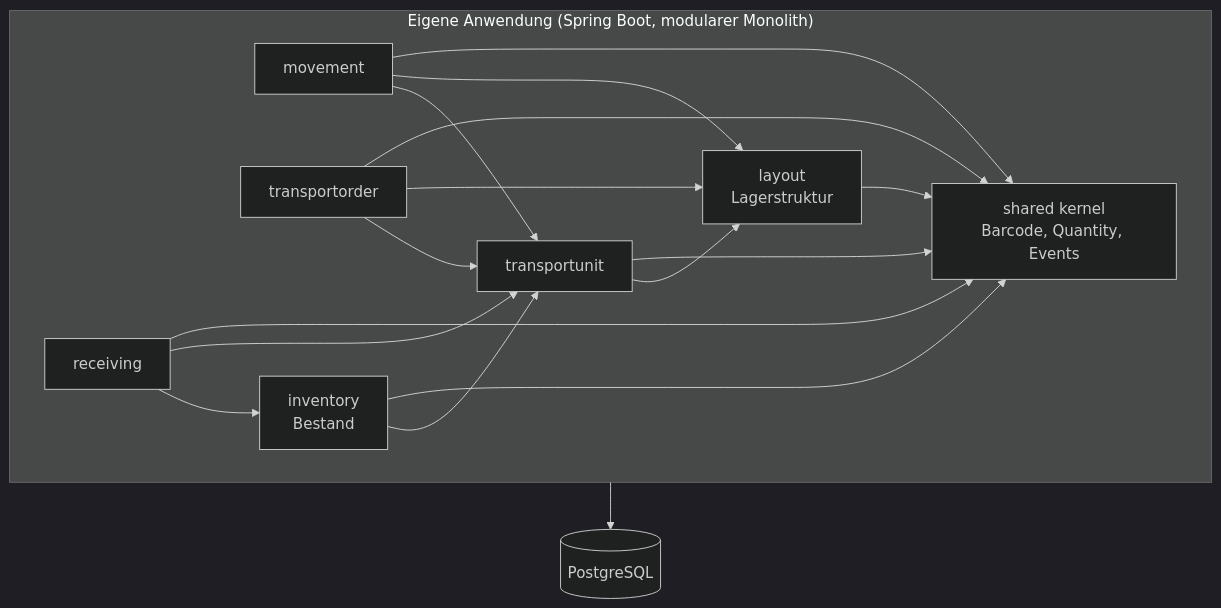
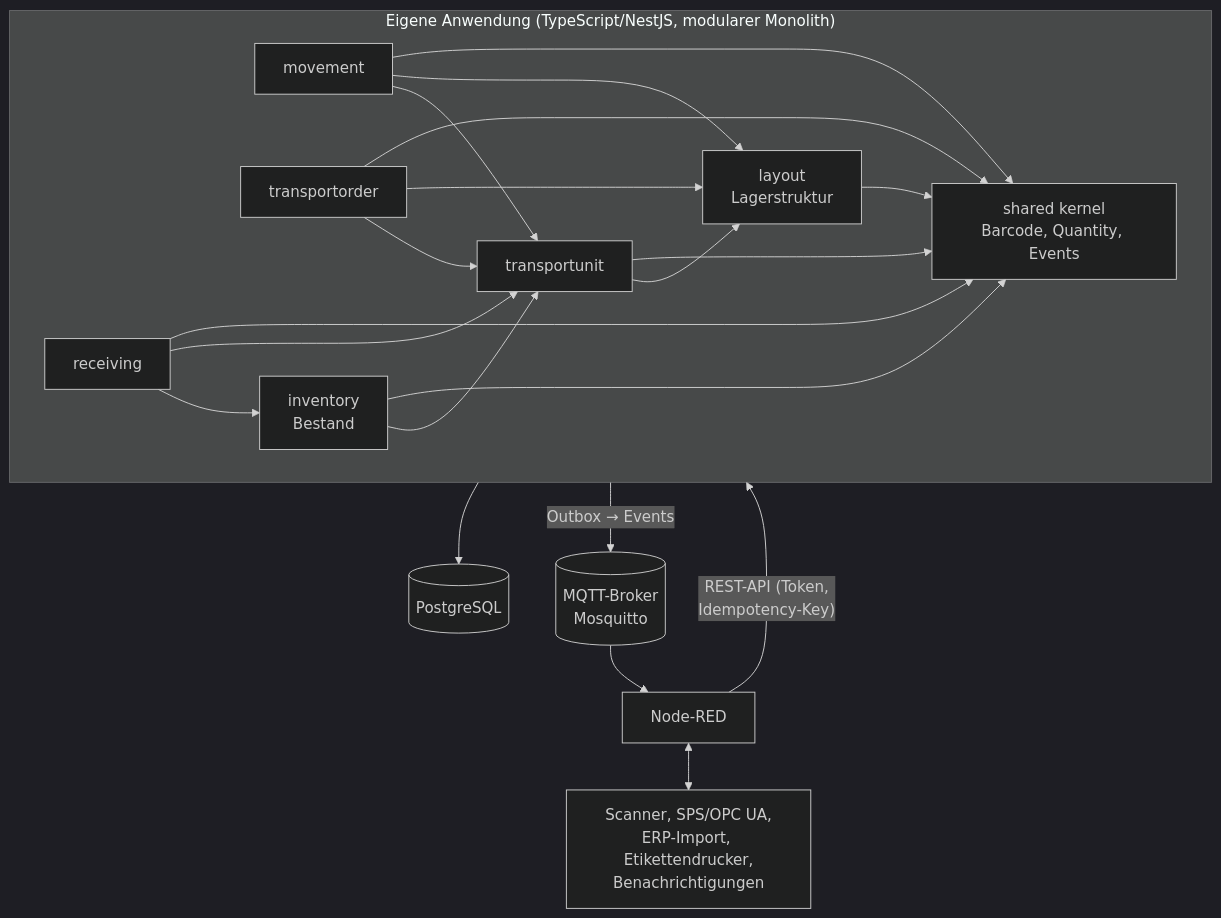
One commit to TheScholarPersona/Test changed the seventh of 7 diagrams in docs/openwms-analyse.md. Above: the diagram before and after it, drawn with Mermaid (dark theme). The commit also changed other lines of this file, not shown here.

First line of the commit message:
Switch rebuild plan to TypeScript with Node-RED integration

````diff
--- a/docs/openwms-analyse.md
+++ b/docs/openwms-analyse.md
@@ -373,22 +377,26 @@
 ```mermaid
 flowchart TB
-    subgraph App["Eigene Anwendung (Spring Boot, modularer Monolith)"]
+    subgraph App["Eigene Anwendung (TypeScript/NestJS, modularer Monolith)"]
         LAY[layout<br/>Lagerstruktur]
         TU[transportunit]
         MOV[movement]
         REC[receiving]
         TO[transportorder]
         INV[inventory<br/>Bestand]
         SHARED[shared kernel<br/>Barcode, Quantity, Events]
     end
     TU --> LAY
     MOV --> TU
     MOV --> LAY
     TO --> TU
     TO --> LAY
     REC --> INV
     REC --> TU
     INV --> TU
     LAY & TU & MOV & REC & TO & INV --> SHARED
     App --> PG[(PostgreSQL)]
+    App -- "Outbox → Events" --> MQTT[(MQTT-Broker<br/>Mosquitto)]
+    MQTT --> NR[Node-RED]
+    NR -- "REST-API (Token,<br/>Idempotency-Key)" --> App
+    NR <--> EXT[Scanner, SPS/OPC UA,<br/>ERP-Import, Etikettendrucker,<br/>Benachrichtigungen]
 ```
````
